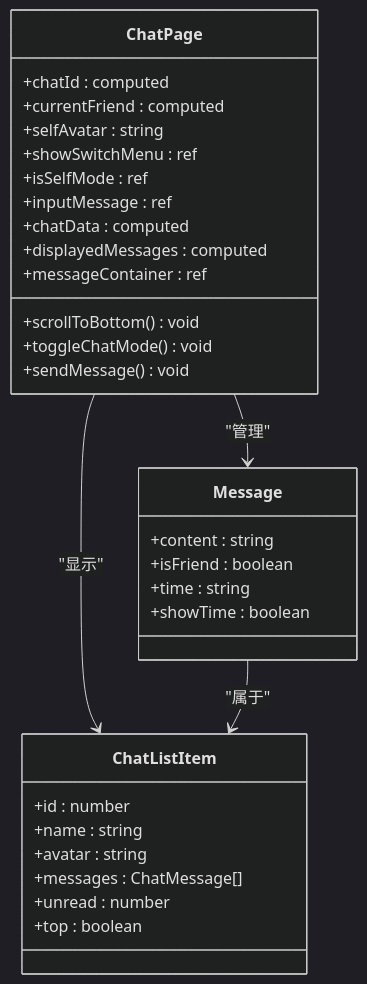
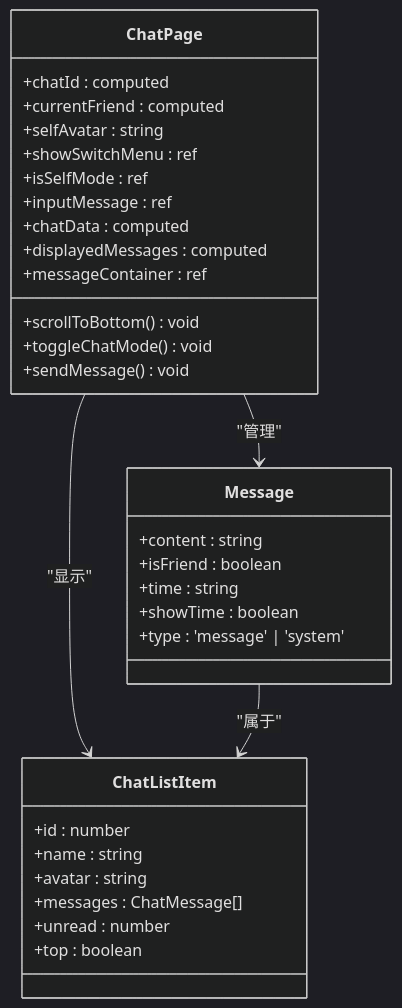
One commit to giserman001/vue3-vant4-mobile changed the third of 22 diagrams in .qoder/repowiki/zh/content/核心系统/聊天系统.md. Above: the diagram before and after it, drawn with Mermaid (dark theme). The commit also changed other lines of this file and 13 other files, not shown here.

````diff
--- a/.qoder/repowiki/zh/content/核心系统/聊天系统.md
+++ b/.qoder/repowiki/zh/content/核心系统/聊天系统.md
@@ -274,34 +318,35 @@
 ```mermaid
 classDiagram
 class ChatPage {
 +chatId : computed
 +currentFriend : computed
 +selfAvatar : string
 +showSwitchMenu : ref
 +isSelfMode : ref
 +inputMessage : ref
 +chatData : computed
 +displayedMessages : computed
 +messageContainer : ref
 +scrollToBottom() void
 +toggleChatMode() void
 +sendMessage() void
 }
 class Message {
 +content : string
 +isFriend : boolean
 +time : string
 +showTime : boolean
++type : 'message' | 'system'
 }
 class ChatListItem {
 +id : number
 +name : string
 +avatar : string
 +messages : ChatMessage[]
 +unread : number
 +top : boolean
 }
 ChatPage --> Message : "管理"
 ChatPage --> ChatListItem : "显示"
 Message --> ChatListItem : "属于"
 ```
````
